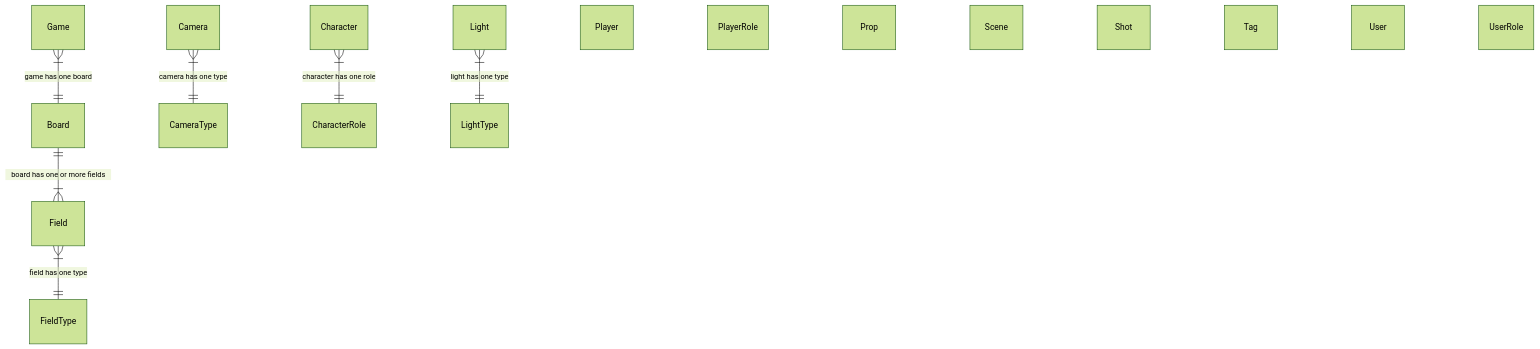
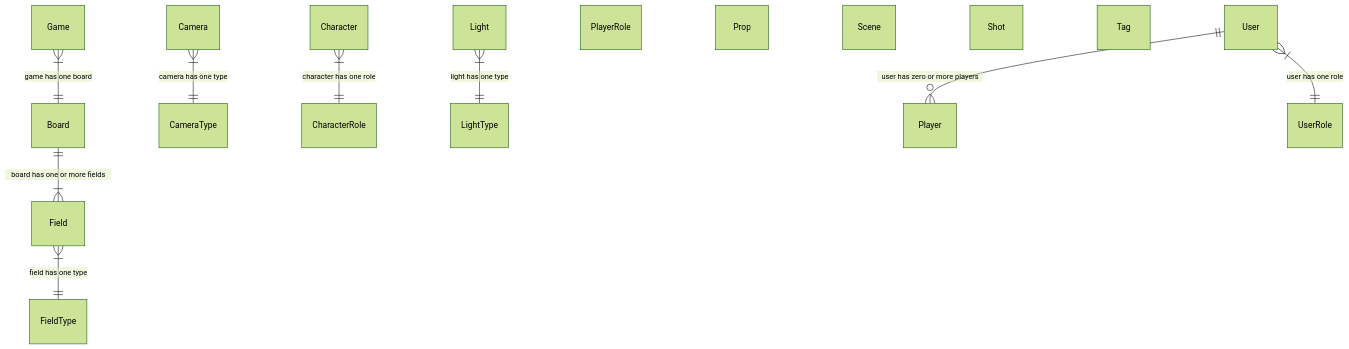
The diagram in 300/900/README.md (vanHeemstraSystems/flask-babylonjs), drawn with Mermaid (forest theme) before and after one commit.

````diff
--- a/300/900/README.md
+++ b/300/900/README.md
@@ -3,22 +3,23 @@
 ``` mermaid
 erDiagram
     Board ||--|{ Field : "board has one or more fields"
     Camera }|--|| CameraType : "camera has one type"
     CameraType
     Character }|--|| CharacterRole : "character has one role"
     CharacterRole
     Field }|--|| FieldType : "field has one type"
     Field
     FieldType
     Game }|--|| Board : "game has one board"
     Light }|--|| LightType : "light has one type"
     LightType
     Player
     PlayerRole
     Prop
     Scene
     Shot
     Tag
-    User
+    User ||--o{ Player : "user has zero or more players"
+    User }|--|| UserRole : "user has one role"
     UserRole
 ```
````
